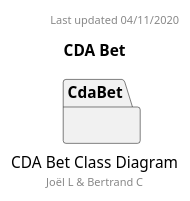
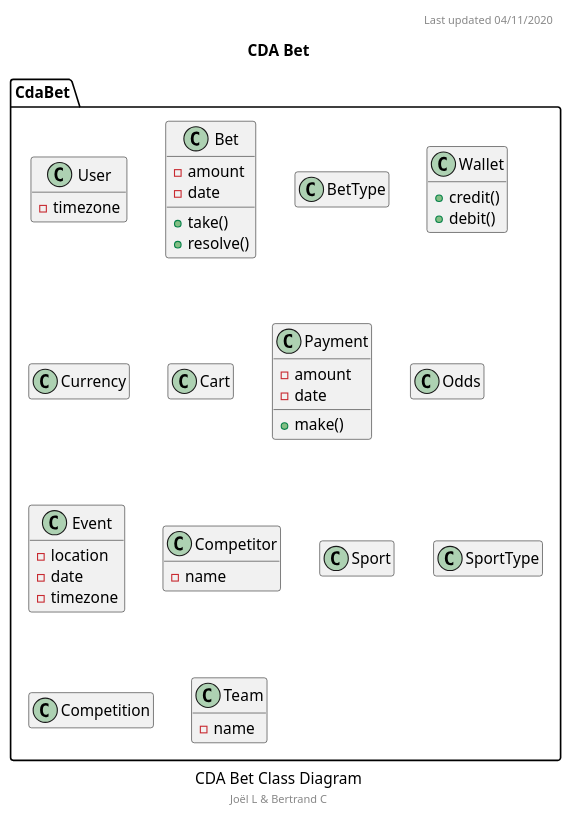
Before and after one commit to OFP-CDA-Mulhouse-2020/parisportif1: the diagram in docs/diagrams/src/CDA Bet.wsd, drawn with PlantUML. The commit also changed 1 other file, not shown here.

```diff
--- a/docs/diagrams/src/CDA Bet.wsd
+++ b/docs/diagrams/src/CDA Bet.wsd
@@ -1,10 +1,67 @@
 @startuml "CDA Bet Class Diagram"
 hide empty members
 caption CDA Bet Class Diagram
 footer Joël L & Bertrand C
 header Last updated 04/11/2020
 title CDA Bet
 
 namespace CdaBet {
+    class User {
+        -timezone
+    }
+
+    class Bet {
+        -amount
+        -date
+        +take()
+        +resolve()
+    }
+
+    class BetType {
+
+    }
+
+    class Wallet {
+        +credit()
+        +debit()
+    }
+
+    class Currency {
+    }
+
+    class Cart {
+    }
+
+    class Payment {
+        -amount
+        -date
+        +make()
+    }
+
+    class Odds {
+    }
+
+    class Event {
+        -location
+        -date
+        -timezone
+    }
+
+    class Competitor {
+        -name
+    }
+
+    class Sport {
+    }
+
+    class SportType {
+    }
+
+    class Competition {
+    }
+
+    class Team {
+        -name
+    }
 }
 @enduml
```
